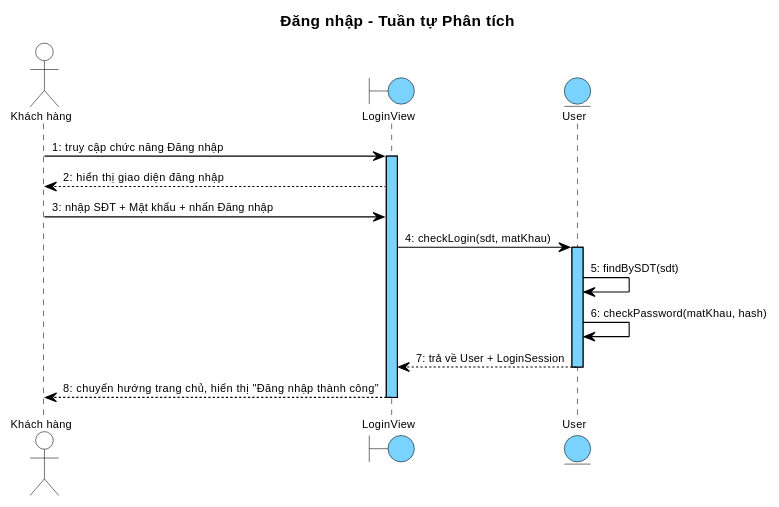
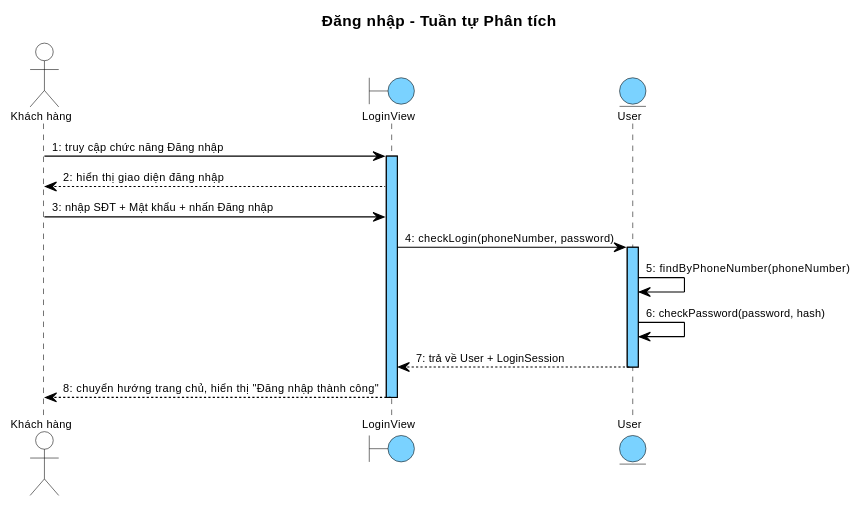
Before and after one commit to thanhtrnnn/cnpm: the third of 7 diagrams in docs/tabs/section-account-ii.md, drawn with PlantUML. The commit also changed other lines of this file and 21 other files, not shown here.

````diff
--- a/docs/tabs/section-account-ii.md
+++ b/docs/tabs/section-account-ii.md
@@ -351,71 +351,71 @@
 ```plantuml
 @startuml
 skinparam shadowing false
 skinparam SequenceMessageAlign left
 
 skinparam SequenceLifeLineBackgroundColor #7AD2FF
 skinparam SequenceLifeLineBorderColor #000000
 
 <style>
 sequenceDiagram {
   Shadowing 0
   RoundCorner 0
   FontName "Arial"
   FontSize 10
   FontColor #000000
 
   participant {
     BackgroundColor #7AD2FF
     LineColor #000000
     LineThickness 1
   }
 
   actor {
     BackgroundColor transparent
     LineColor #000000
   }
   boundary {
     BackgroundColor #7AD2FF
     LineColor #000000
   }
   control {
     BackgroundColor #7AD2FF
     LineColor #000000
   }
   entity {
     BackgroundColor #7AD2FF
     LineColor #000000
   }
 
   lifeline {
     LineColor #000000
     LineStyle 5-5
   }
 
   arrow {
     LineColor #000000
     LineThickness 1
     FontSize 10
   }
 }
 </style>
 title Đăng nhập – Tuần tự Phân tích
 
 actor "Khách hàng" as KH
 boundary LoginView as B1
 entity User as E1
 
 KH -> B1 : 1: truy cập chức năng Đăng nhập
 activate B1
 B1 --> KH : 2: hiển thị giao diện đăng nhập
 KH -> B1 : 3: nhập SĐT + Mật khẩu + nhấn Đăng nhập
-B1 -> E1 : 4: checkLogin(sdt, matKhau)
+B1 -> E1 : 4: checkLogin(phoneNumber, password)
 activate E1
-E1 -> E1 : 5: findBySDT(sdt)
-E1 -> E1 : 6: checkPassword(matKhau, hash)
+E1 -> E1 : 5: findByPhoneNumber(phoneNumber)
+E1 -> E1 : 6: checkPassword(password, hash)
 E1 --> B1 : 7: trả về User + LoginSession
 deactivate E1
 B1 --> KH : 8: chuyển hướng trang chủ, hiển thị "Đăng nhập thành công"
 deactivate B1
 @enduml
 ```
````
